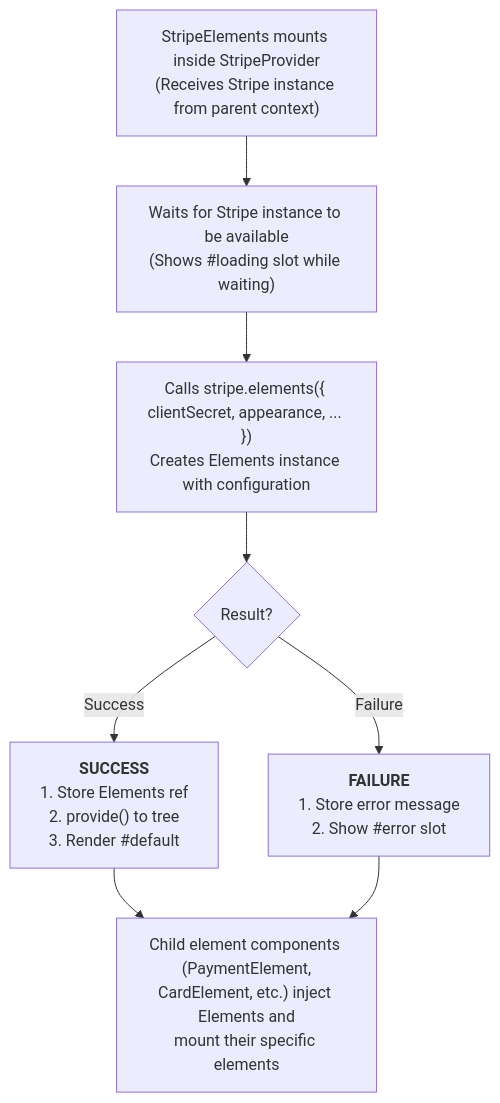
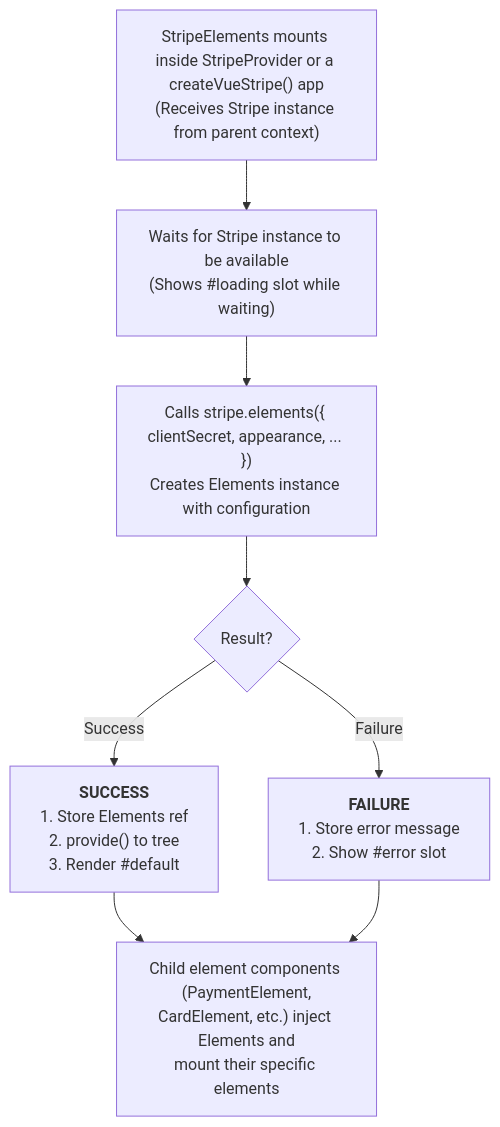
One commit to vue-stripe/vue-stripe changed the diagram in apps/docs/api/components/stripe-elements.md. Above: the diagram before and after it, drawn with Mermaid. The commit also changed other lines of this file and 28 other files, not shown here.

````diff
--- a/apps/docs/api/components/stripe-elements.md
+++ b/apps/docs/api/components/stripe-elements.md
@@ -18,10 +18,10 @@
 ```mermaid
 flowchart TD
-    A["StripeElements mounts inside StripeProvider<br/>(Receives Stripe instance from parent context)"] --> B["Waits for Stripe instance to be available<br/>(Shows #loading slot while waiting)"]
+    A["StripeElements mounts inside StripeProvider or a createVueStripe() app<br/>(Receives Stripe instance from parent context)"] --> B["Waits for Stripe instance to be available<br/>(Shows #loading slot while waiting)"]
     B --> C["Calls stripe.elements({ clientSecret, appearance, ... })<br/>Creates Elements instance with configuration"]
     C --> D{Result?}
     D -->|Success| E["<b>SUCCESS</b><br/>1. Store Elements ref<br/>2. provide() to tree<br/>3. Render #default"]
     D -->|Failure| F["<b>FAILURE</b><br/>1. Store error message<br/>2. Show #error slot"]
     E --> G["Child element components (PaymentElement,<br/>CardElement, etc.) inject Elements and<br/>mount their specific elements"]
     F --> G
 ```
````
